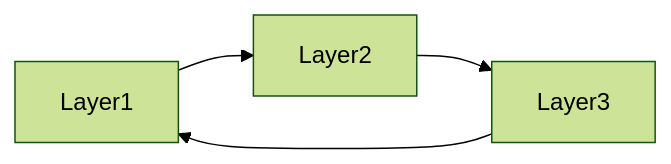
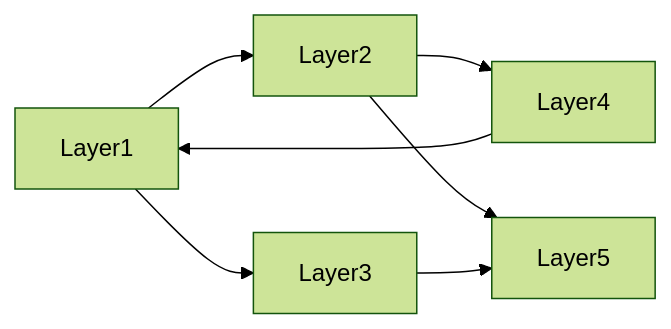
Before and after one commit to LemonAppDev/konsist: the diagram in lib/src/apiTest/kotlin/com/lemonappdev/konsist/architecture/dependencyrules/circulardependency2/README.md, drawn with Mermaid. The commit also changed 7 other files, not shown here.

````diff
--- a/lib/src/apiTest/kotlin/com/lemonappdev/konsist/architecture/dependencyrules/circulardependency2/README.md
+++ b/lib/src/apiTest/kotlin/com/lemonappdev/konsist/architecture/dependencyrules/circulardependency2/README.md
@@ -5,7 +5,8 @@
 ```mermaid
 %%{init: {'theme': 'forest'}}%%
 flowchart LR
-    Layer1 --> Layer2
-    Layer2 --> Layer3
-    Layer3 --> Layer1
+    Layer1 --> Layer2 & Layer3
+    Layer2 --> Layer4 & Layer5
+    Layer3 --> Layer5
+    Layer4 --> Layer1
 ```
````
